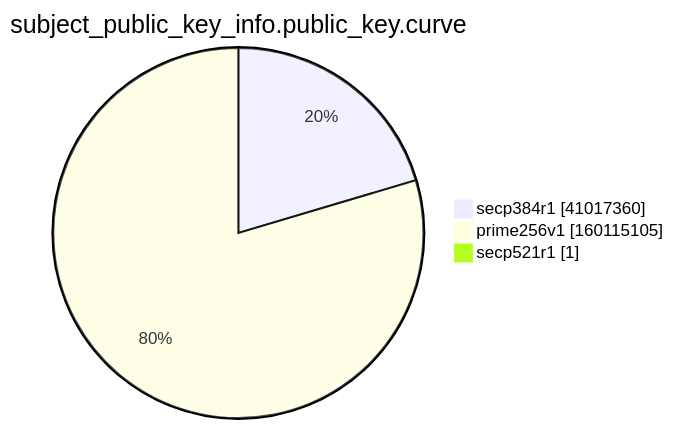
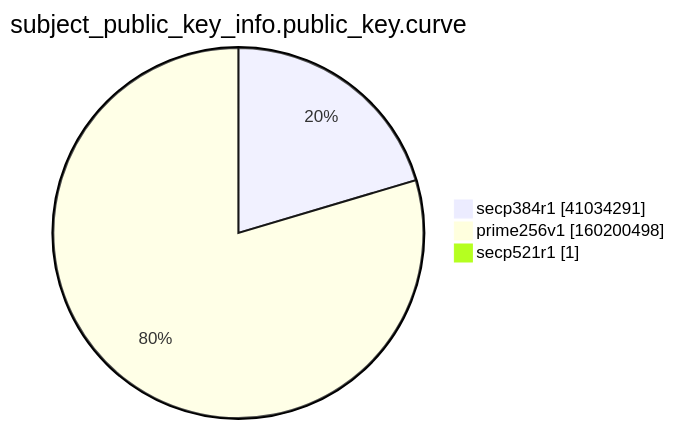
The ninth of 15 diagrams in xenon2022/README.md (christiankrug/ctmonitor_visualization), drawn with Mermaid before and after one commit. The commit also changed other lines of this file, not shown here.

````diff
--- a/xenon2022/README.md
+++ b/xenon2022/README.md
@@ -2868,7 +2868,7 @@
 ```mermaid
 pie showData
 title subject_public_key_info.public_key.curve
-"secp384r1" :41017360
-"prime256v1" :160115105
+"secp384r1" :41034291
+"prime256v1" :160200498
 "secp521r1" :1
 ```
````
